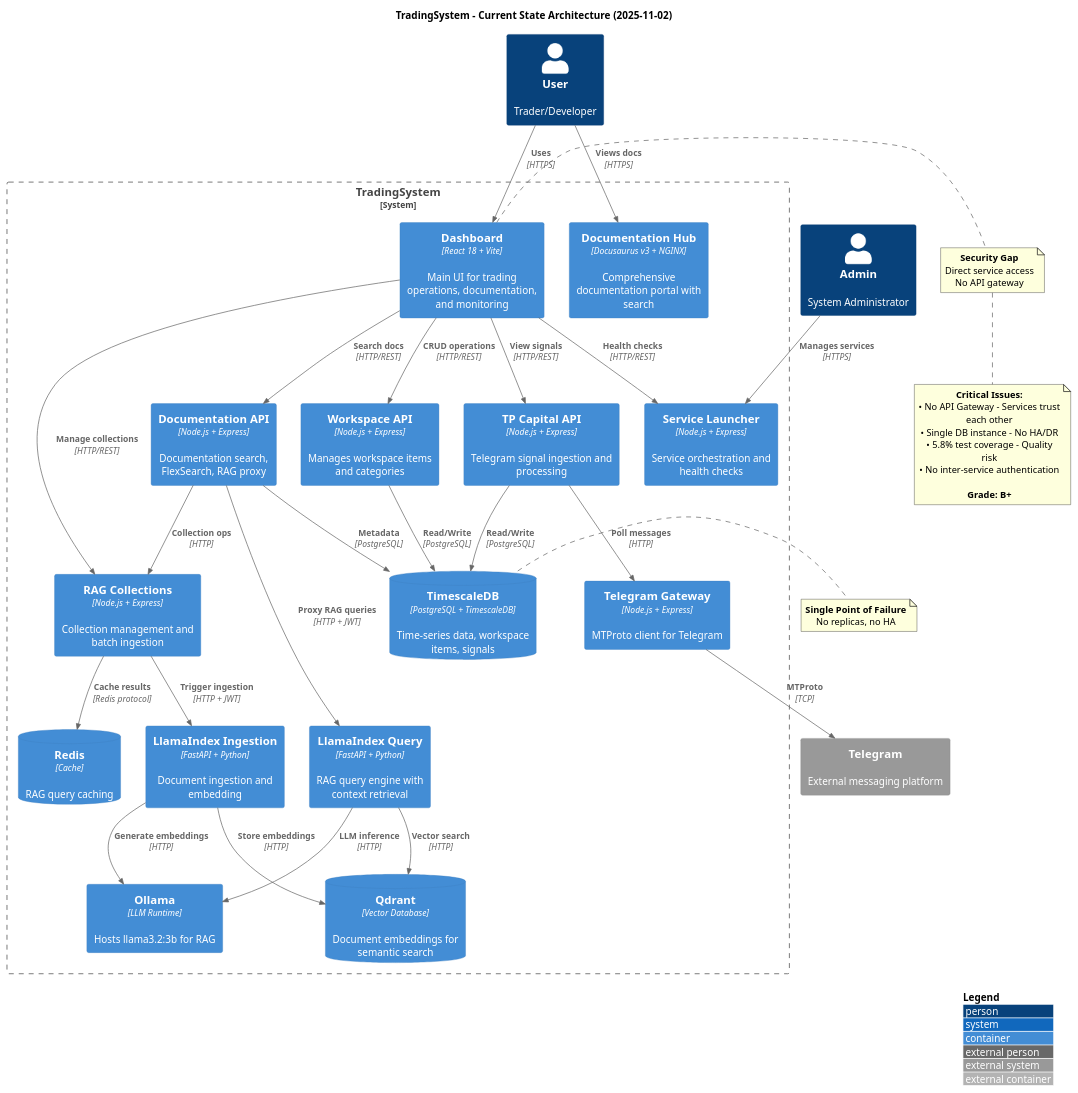
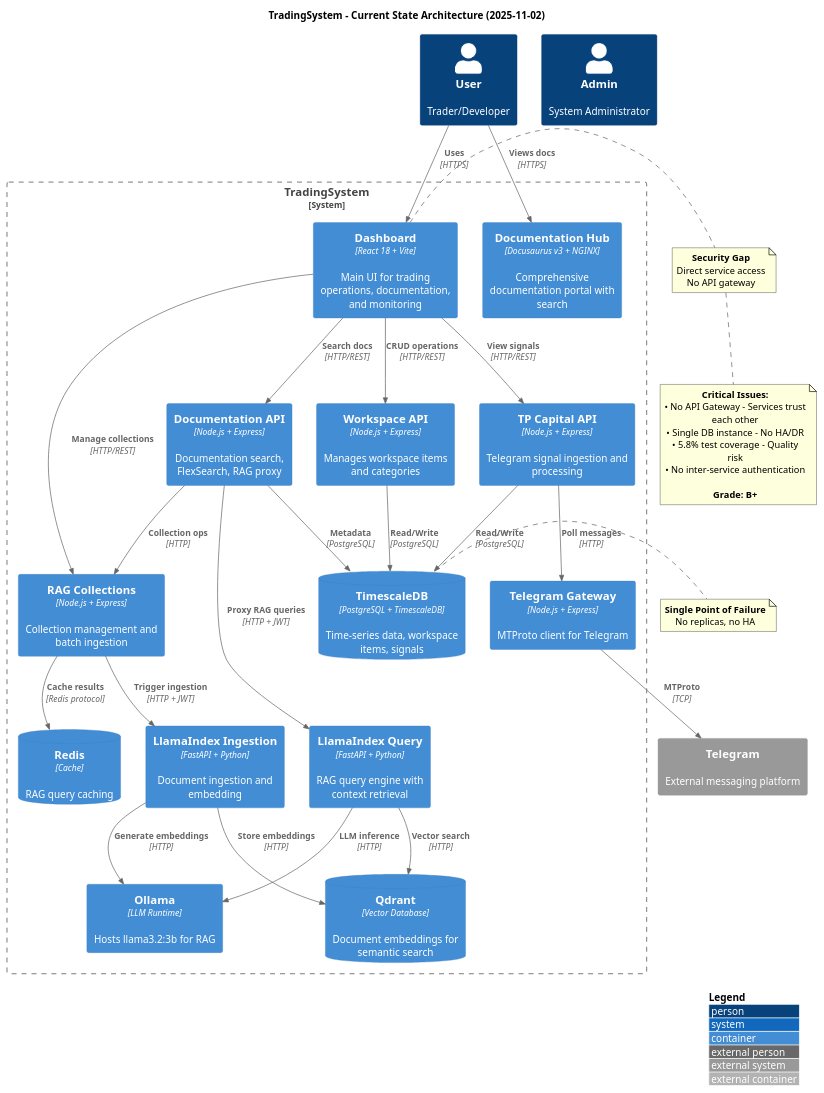
The diagram in docs/versioned_docs/version-1.1/diagrams/architecture/current-state-container.puml (marceloterra1983/TradingSystem), drawn with PlantUML before and after one commit. The commit also changed 1296 other files, not shown here.

```diff
--- a/docs/versioned_docs/version-1.1/diagrams/architecture/current-state-container.puml
+++ b/docs/versioned_docs/version-1.1/diagrams/architecture/current-state-container.puml
@@ -1,81 +1,78 @@
 @startuml Current State Architecture - Container Diagram
 !include https://raw.githubusercontent.com/plantuml-stdlib/C4-PlantUML/master/C4_Container.puml
 
 LAYOUT_WITH_LEGEND()
 
 title TradingSystem - Current State Architecture (2025-11-02)
 
 Person(user, "User", "Trader/Developer")
 Person(admin, "Admin", "System Administrator")
 
 System_Boundary(tradingsystem, "TradingSystem") {
     Container(dashboard, "Dashboard", "React 18 + Vite", "Main UI for trading operations, documentation, and monitoring")
     Container(docs_hub, "Documentation Hub", "Docusaurus v3 + NGINX", "Comprehensive documentation portal with search")
 
     Container(workspace_api, "Workspace API", "Node.js + Express", "Manages workspace items and categories")
     Container(tp_capital_api, "TP Capital API", "Node.js + Express", "Telegram signal ingestion and processing")
     Container(docs_api, "Documentation API", "Node.js + Express", "Documentation search, FlexSearch, RAG proxy")
-    Container(service_launcher, "Service Launcher", "Node.js + Express", "Service orchestration and health checks")
     Container(telegram_gateway, "Telegram Gateway", "Node.js + Express", "MTProto client for Telegram")
 
     Container(rag_ollama, "Ollama", "LLM Runtime", "Hosts llama3.2:3b for RAG")
     Container(rag_llamaindex_query, "LlamaIndex Query", "FastAPI + Python", "RAG query engine with context retrieval")
     Container(rag_llamaindex_ingest, "LlamaIndex Ingestion", "FastAPI + Python", "Document ingestion and embedding")
     Container(rag_collections, "RAG Collections", "Node.js + Express", "Collection management and batch ingestion")
 
     ContainerDb(timescaledb, "TimescaleDB", "PostgreSQL + TimescaleDB", "Time-series data, workspace items, signals")
     ContainerDb(qdrant, "Qdrant", "Vector Database", "Document embeddings for semantic search")
     ContainerDb(redis, "Redis", "Cache", "RAG query caching")
 }
 
 System_Ext(telegram, "Telegram", "External messaging platform")
 
 Rel(user, dashboard, "Uses", "HTTPS")
 Rel(user, docs_hub, "Views docs", "HTTPS")
-Rel(admin, service_launcher, "Manages services", "HTTPS")
 
 Rel(dashboard, workspace_api, "CRUD operations", "HTTP/REST")
 Rel(dashboard, tp_capital_api, "View signals", "HTTP/REST")
 Rel(dashboard, docs_api, "Search docs", "HTTP/REST")
 Rel(dashboard, rag_collections, "Manage collections", "HTTP/REST")
-Rel(dashboard, service_launcher, "Health checks", "HTTP/REST")
 
 Rel(docs_api, rag_llamaindex_query, "Proxy RAG queries", "HTTP + JWT")
 Rel(docs_api, rag_collections, "Collection ops", "HTTP")
 Rel(rag_collections, rag_llamaindex_ingest, "Trigger ingestion", "HTTP + JWT")
 Rel(rag_llamaindex_query, rag_ollama, "LLM inference", "HTTP")
 Rel(rag_llamaindex_ingest, rag_ollama, "Generate embeddings", "HTTP")
 
 Rel(workspace_api, timescaledb, "Read/Write", "PostgreSQL")
 Rel(tp_capital_api, timescaledb, "Read/Write", "PostgreSQL")
 Rel(docs_api, timescaledb, "Metadata", "PostgreSQL")
 Rel(tp_capital_api, telegram_gateway, "Poll messages", "HTTP")
 
 Rel(rag_llamaindex_query, qdrant, "Vector search", "HTTP")
 Rel(rag_llamaindex_ingest, qdrant, "Store embeddings", "HTTP")
 Rel(rag_collections, redis, "Cache results", "Redis protocol")
 
 Rel(telegram_gateway, telegram, "MTProto", "TCP")
 
 note right of timescaledb
   **Single Point of Failure**
   No replicas, no HA
 end note
 
 note right of dashboard
   **Security Gap**
   Direct service access
   No API gateway
 end note
 
 note bottom
   **Critical Issues:**
   • No API Gateway - Services trust each other
   • Single DB instance - No HA/DR
   • 5.8% test coverage - Quality risk
   • No inter-service authentication
 
   **Grade: B+**
 end note
 
 @enduml
```
